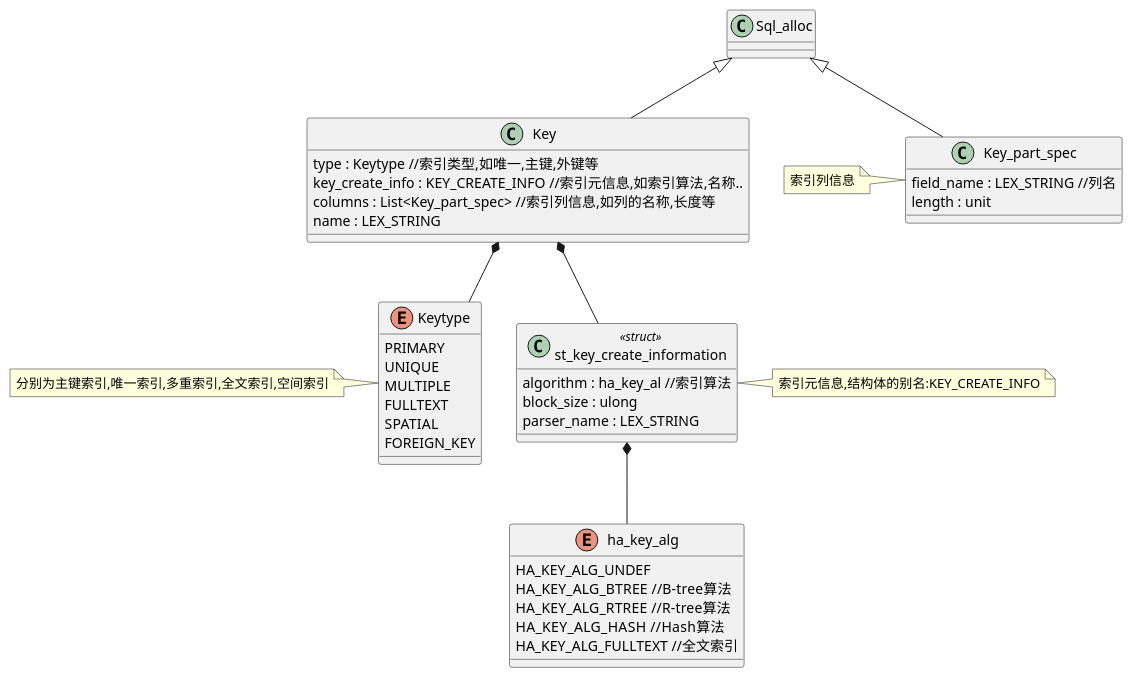
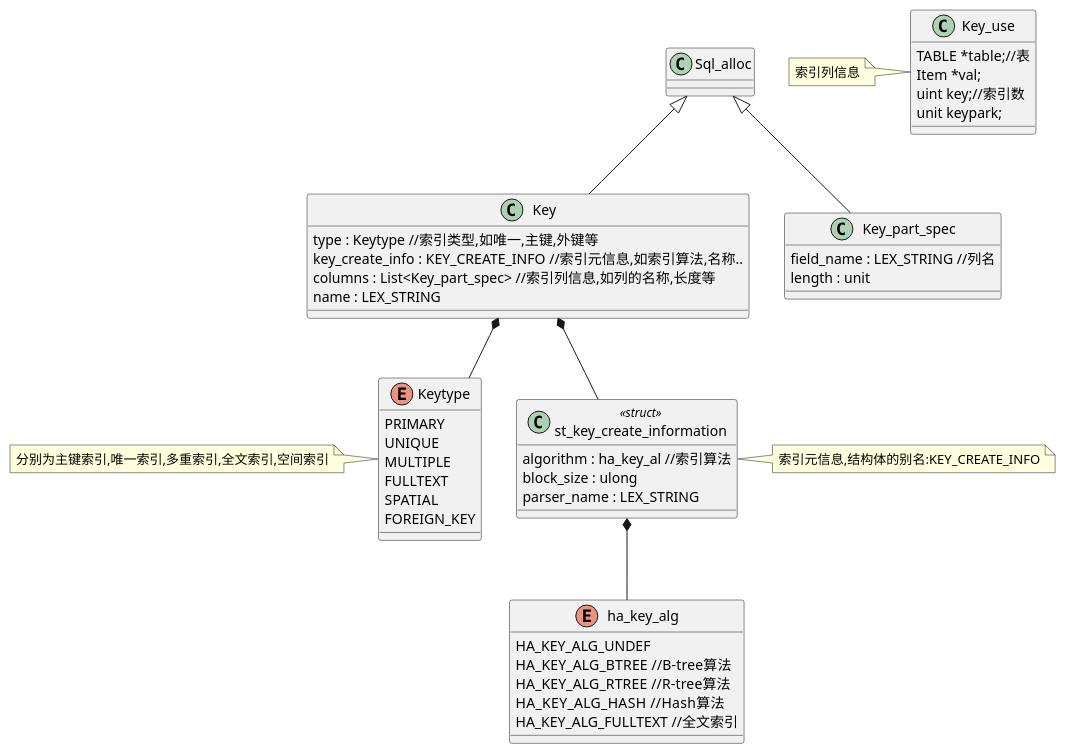
Before and after one commit to wult/org_doc: the second of 9 diagrams in it/mysql/queryOptimizer/mysql_base_class.org, drawn with PlantUML. The commit also changed other lines of this file and 1 other file, not shown here.

```diff
--- a/it/mysql/queryOptimizer/mysql_base_class.org
+++ b/it/mysql/queryOptimizer/mysql_base_class.org
@@ -52,48 +54,55 @@
 #+BEGIN_SRC plantuml :file images/key.png :cmdline -charset utf-8
 class Key{
     {field} type : Keytype //索引类型,如唯一,主键,外键等 
     {field} key_create_info : KEY_CREATE_INFO //索引元信息,如索引算法,名称..
     {field} columns : List<Key_part_spec> //索引列信息,如列的名称,长度等 
     {field} name : LEX_STRING
 }
 
 enum Keytype {
     PRIMARY
     UNIQUE
     MULTIPLE
     FULLTEXT
     SPATIAL
     FOREIGN_KEY
 }
 note left : 分别为主键索引,唯一索引,多重索引,全文索引,空间索引
 
 enum ha_key_alg{
     {field} HA_KEY_ALG_UNDEF 
     {field} HA_KEY_ALG_BTREE  //B-tree算法
     {field} HA_KEY_ALG_RTREE  //R-tree算法
     {field} HA_KEY_ALG_HASH   //Hash算法
     {field} HA_KEY_ALG_FULLTEXT //全文索引
 }
 
 class st_key_create_information <<struct>>{
     {field} algorithm : ha_key_al //索引算法
     {field} block_size : ulong
     {field} parser_name : LEX_STRING 
 }
 
 note right : 索引元信息,结构体的别名:KEY_CREATE_INFO
 
 class Key_part_spec{
     {field} field_name : LEX_STRING //列名
     {field} length : unit
 }
 
+class Key_use{
+    TABLE *table;//表
+    Item *val;
+    uint key;//索引数
+    unit keypark;
+
+}
 note left : 索引列信息
 
 
 Sql_alloc <|-- Key
 Key *--Keytype
 st_key_create_information *-- ha_key_alg
 Key *-- st_key_create_information
 Sql_alloc <|-- Key_part_spec
 #+END_SRC
```
